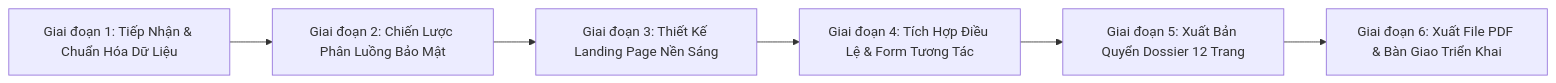
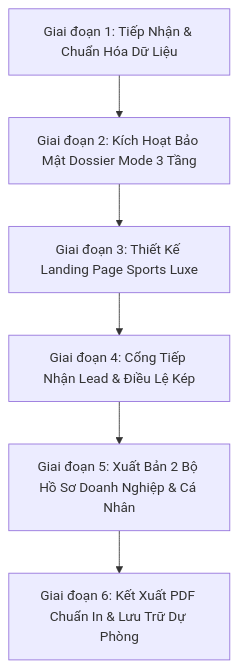
One commit to lethanhuyen-cell/golf2026LDO-ca-nhan changed the diagram in .agents/skills/event-landing-page/SKILL.md. Above: the diagram before and after it, drawn with Mermaid. The commit also changed other lines of this file and 1 other file, not shown here.

````diff
--- a/.agents/skills/event-landing-page/SKILL.md
+++ b/.agents/skills/event-landing-page/SKILL.md
@@ -17,8 +15,8 @@
 ```mermaid
-flowchart LR
-    P1["Giai đoạn 1: Tiếp Nhận & Chuẩn Hóa Dữ Liệu"] --> P2["Giai đoạn 2: Chiến Lược Phân Luồng Bảo Mật"]
-    P2 --> P3["Giai đoạn 3: Thiết Kế Landing Page Nền Sáng"]
-    P3 --> P4["Giai đoạn 4: Tích Hợp Điều Lệ & Form Tương Tác"]
-    P4 --> P5["Giai đoạn 5: Xuất Bản Quyển Dossier 12 Trang"]
-    P5 --> P6["Giai đoạn 6: Xuất File PDF & Bàn Giao Triển Khai"]
+flowchart TD
+    G1["Giai đoạn 1: Tiếp Nhận & Chuẩn Hóa Dữ Liệu"] --> G2["Giai đoạn 2: Kích Hoạt Bảo Mật Dossier Mode 3 Tầng"]
+    G2 --> G3["Giai đoạn 3: Thiết Kế Landing Page Sports Luxe"]
+    G3 --> G4["Giai đoạn 4: Cổng Tiếp Nhận Lead & Điều Lệ Kép"]
+    G4 --> G5["Giai đoạn 5: Xuất Bản 2 Bộ Hồ Sơ Doanh Nghiệp & Cá Nhân"]
+    G5 --> G6["Giai đoạn 6: Kết Xuất PDF Chuẩn In & Lưu Trữ Dự Phòng"]
 ```
````
